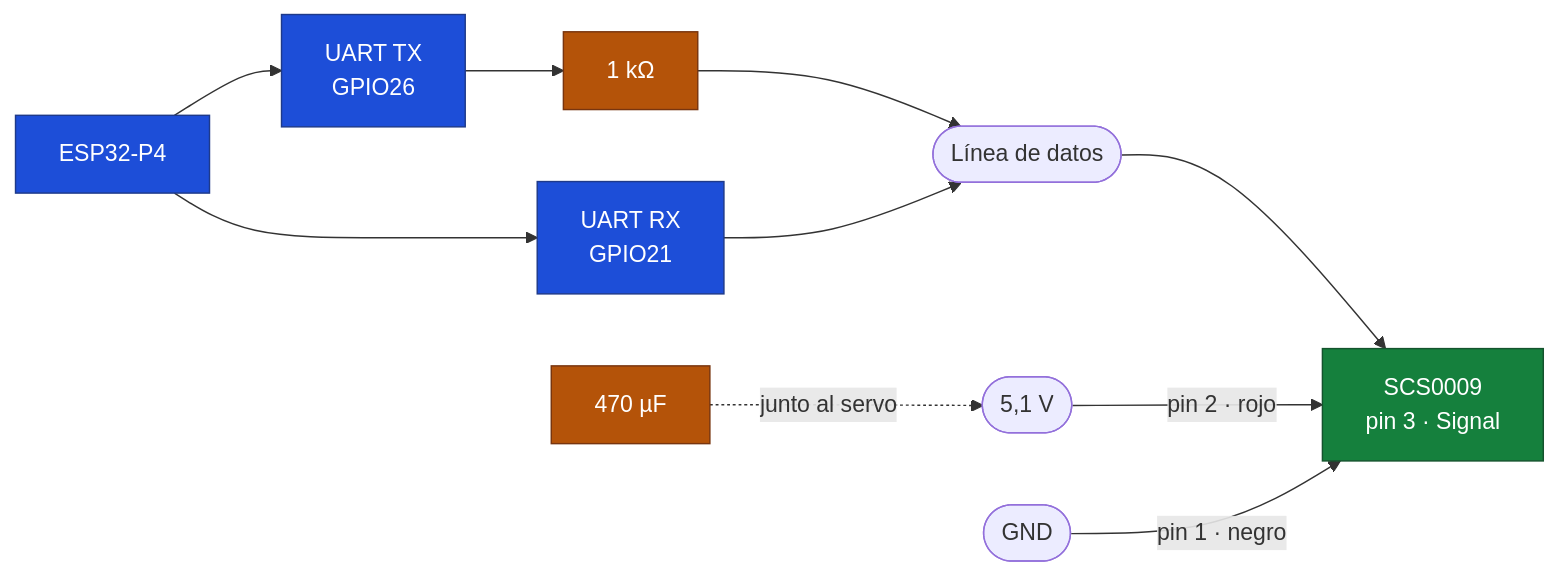
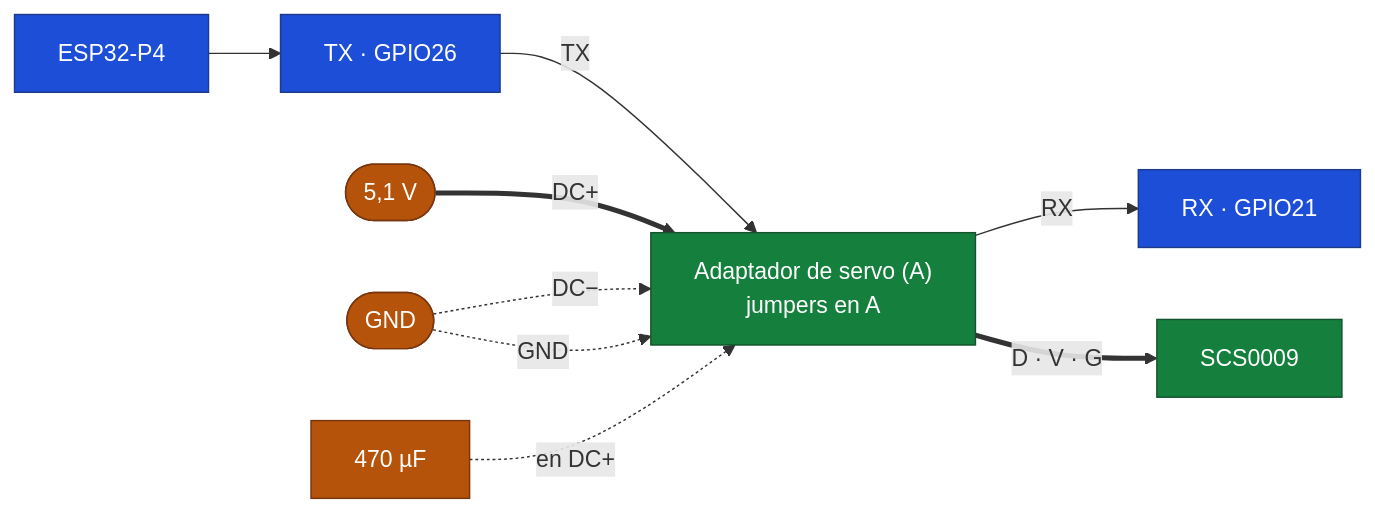
One commit to Eddym06/AutoNex changed the fourth of 5 diagrams in docs/ELECTRONICS.md. Above: the diagram before and after it, drawn with Mermaid. The commit also changed other lines of this file, not shown here.

Commit message:
electronica actualizada con la placa de comunicacion del servo por ST/SC

````diff
--- a/docs/ELECTRONICS.md
+++ b/docs/ELECTRONICS.md
@@ -298,25 +373,25 @@
 ```mermaid
 flowchart LR
     P4["ESP32-P4"]
-    TX["UART TX<br/>GPIO26"]
-    RX["UART RX<br/>GPIO21"]
-    R["1 kΩ"]
-    LINE(["Línea de datos"])
-    SRV["SCS0009<br/>pin 3 · Signal"]
+    TX["TX · GPIO26"]
+    RX["RX · GPIO21"]
+    ADP["Adaptador de servo (A)<br/>jumpers en A"]
+    SRV["SCS0009"]
+    BUS(["5,1 V"])
+    GND(["GND"])
 
-    P4 --> TX
-    P4 --> RX
-    TX --> R --> LINE
-    RX --> LINE
-    LINE --> SRV
-    BUS(["5,1 V"]) -->|"pin 2 · rojo"| SRV
-    GND(["GND"]) -->|"pin 1 · negro"| SRV
-    C["470 µF"] -.->|"junto al servo"| BUS
+    P4 --> TX -->|"TX"| ADP
+    ADP -->|"RX"| RX
+    BUS ==>|"DC+"| ADP
+    GND -.->|"DC−"| ADP
+    GND -.->|"GND"| ADP
+    ADP ==>|"D · V · G"| SRV
+    C["470 µF"] -.->|"en DC+"| ADP
 
     classDef ctrl fill:#1d4ed8,stroke:#1e3a8a,color:#ffffff
     classDef srv fill:#15803d,stroke:#14532d,color:#ffffff
     classDef prot fill:#b45309,stroke:#78350f,color:#ffffff
     class P4,TX,RX ctrl
-    class SRV srv
-    class R,C prot
+    class ADP,SRV srv
+    class C,BUS,GND prot
 ```
````
